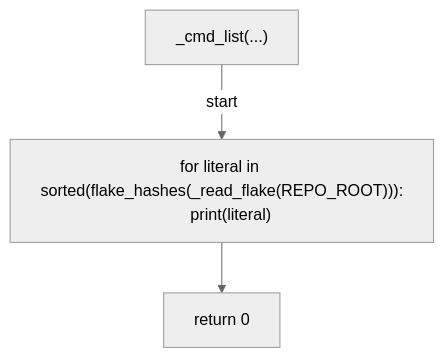
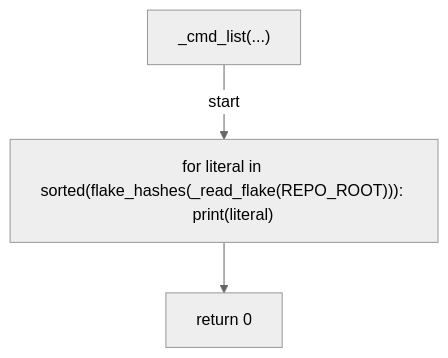
The seventh of 8 diagrams in docs/generated/scripts/ast/scan_flake_pin_drift.md (tvna/claude-md), drawn with Mermaid (neutral theme) before and after one commit. The commit also changed other lines of this file and 29 other files, not shown here.

First line of the commit message:
docs(generated): regenerate decision tree and workflow diagrams (batch 3/5)

````diff
--- a/docs/generated/scripts/ast/scan_flake_pin_drift.md
+++ b/docs/generated/scripts/ast/scan_flake_pin_drift.md
@@ -133,9 +109,8 @@
 ```mermaid
 flowchart TD
     N001["_cmd_list(...)"]
-    N002["for literal in sorted(flake_hashes(_read_flake(REPO_ROOT))):
-    print(literal)"]
+    N002["for literal in sorted(flake_hashes(_read_flake(REPO_ROOT))):     print(literal)"]
     N003["return 0"]
     N001 -->|"start"| N002
     N002 --> N003
 ```
````
